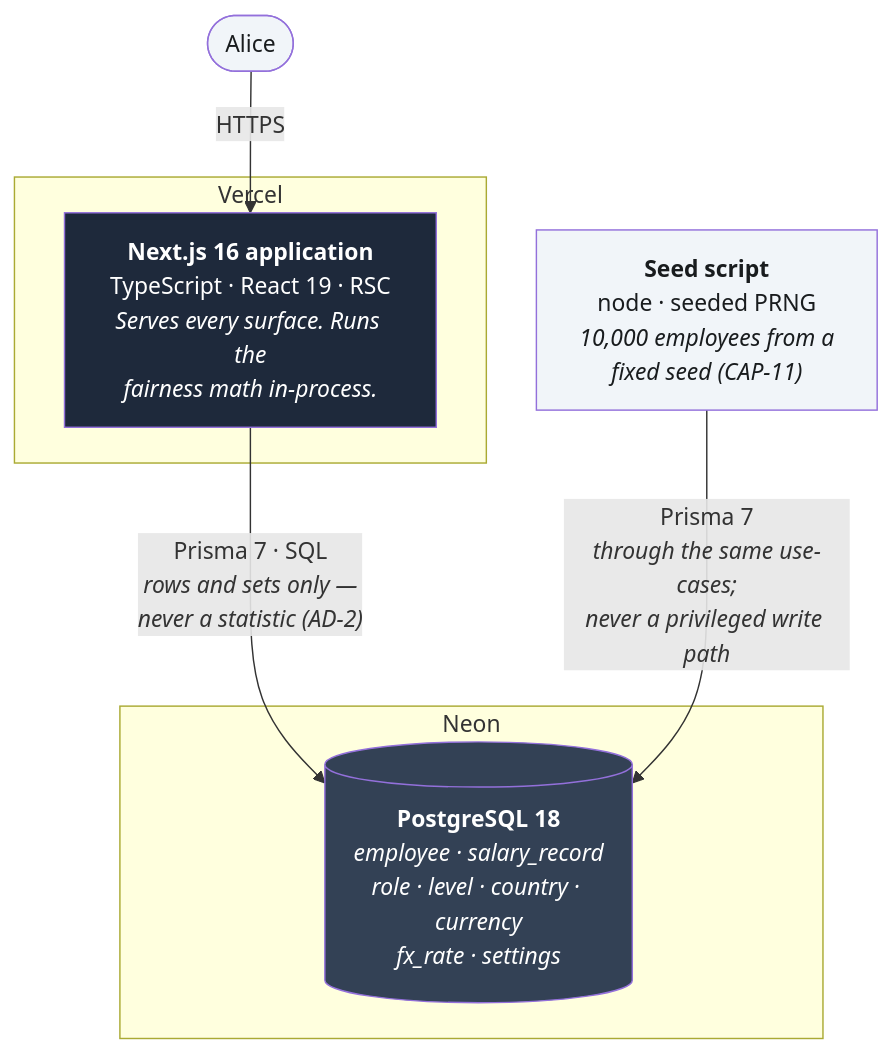
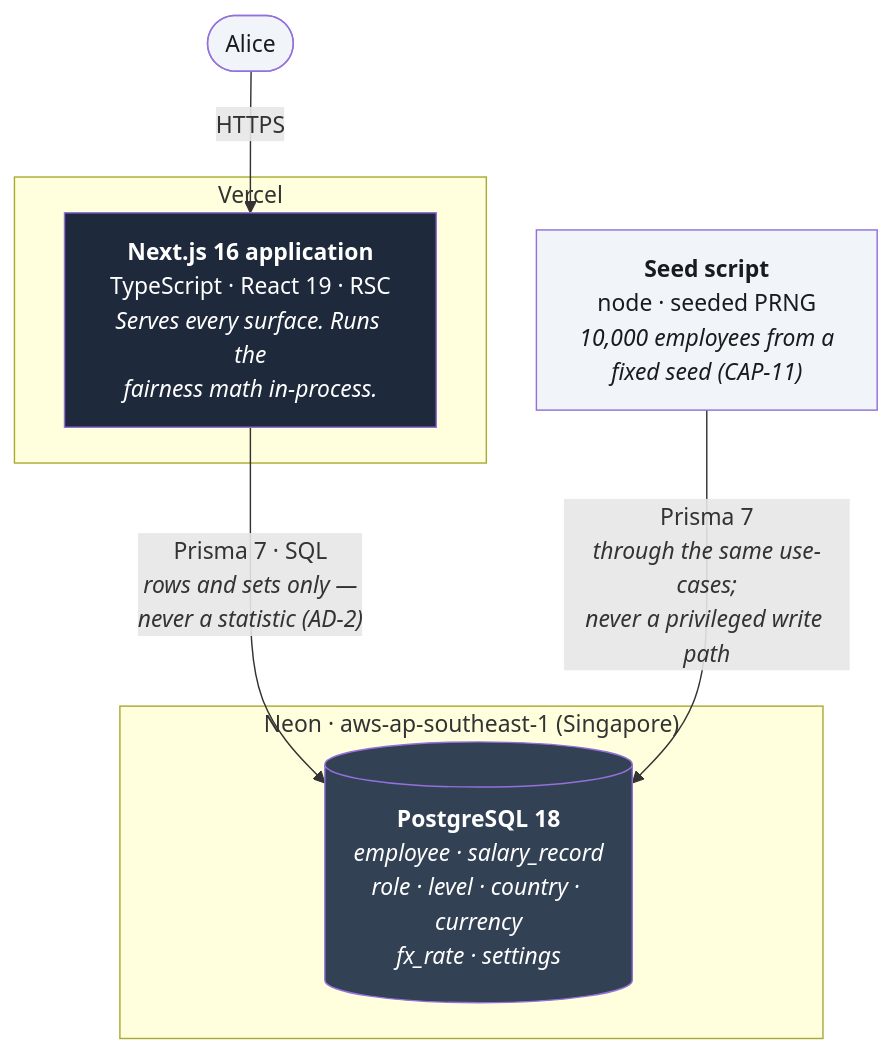
Before and after one commit to oremono/payroll: the second of 5 diagrams in docs/planning-artifacts/architecture/architecture-payroll-2026-07-17/C4-MODEL.md, drawn with Mermaid. The commit also changed other lines of this file and 4 other files, not shown here.

First line of the commit message:
docs: sprint change proposal + sync companion docs to Neon Singapore region

````diff
--- a/docs/planning-artifacts/architecture/architecture-payroll-2026-07-17/C4-MODEL.md
+++ b/docs/planning-artifacts/architecture/architecture-payroll-2026-07-17/C4-MODEL.md
@@ -40,23 +40,23 @@
 ```mermaid
 graph TB
   Alice(["Alice"])
 
   subgraph VERCEL["Vercel"]
     NEXT["<b>Next.js 16 application</b><br/>TypeScript · React 19 · RSC<br/><i>Serves every surface. Runs the<br/>fairness math in-process.</i>"]
   end
 
-  subgraph NEON["Neon"]
+  subgraph NEON["Neon · aws-ap-southeast-1 (Singapore)"]
     PG[("<b>PostgreSQL 18</b><br/><i>employee · salary_record<br/>role · level · country · currency<br/>fx_rate · settings</i>")]
   end
 
   SEED["<b>Seed script</b><br/>node · seeded PRNG<br/><i>10,000 employees from a<br/>fixed seed (CAP-11)</i>"]
 
   Alice -->|HTTPS| NEXT
   NEXT -->|"Prisma 7 · SQL<br/><i>rows and sets only —<br/>never a statistic (AD-2)</i>"| PG
   SEED -->|"Prisma 7<br/><i>through the same use-cases;<br/>never a privileged write path</i>"| PG
 
   style NEXT fill:#1e293b,color:#ffffff
   style PG fill:#334155,color:#ffffff
   style SEED fill:#f1f5f9,color:#191c1e
   style Alice fill:#f1f5f9,color:#191c1e
 ```
````
